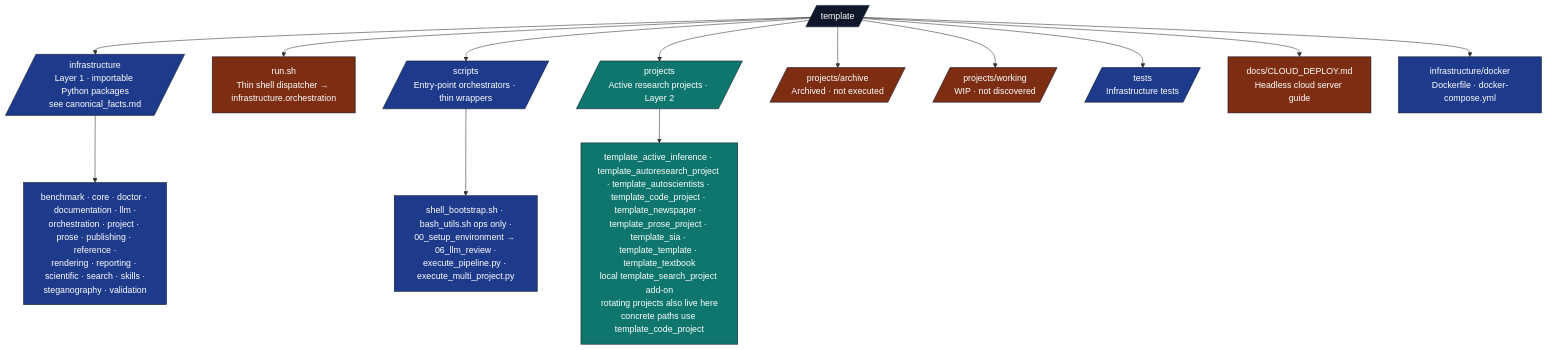
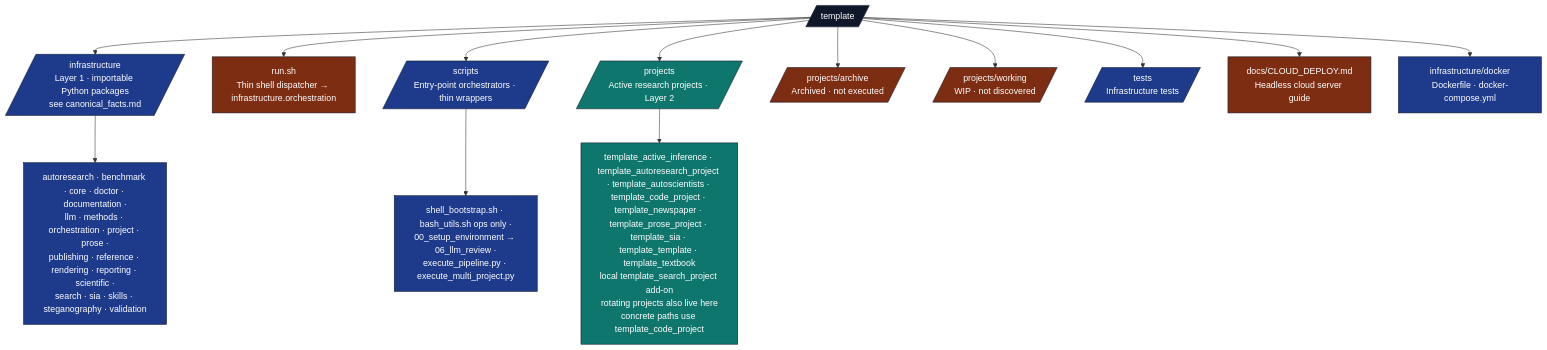
Before and after one commit to docxology/template: the diagram in docs/PAI.md, drawn with Mermaid. The commit also changed other lines of this file and 35 other files, not shown here.

````diff
--- a/docs/PAI.md
+++ b/docs/PAI.md
@@ -69,28 +69,28 @@
 ```mermaid
 flowchart TB
     ROOT[/template/]
     ROOT --> INFRA[/infrastructure<br/>Layer 1 · importable Python packages<br/>see canonical_facts.md/]
     ROOT --> RUN[run.sh<br/>Thin shell dispatcher → infrastructure.orchestration]
     ROOT --> SCR[/scripts<br/>Entry-point orchestrators · thin wrappers/]
     ROOT --> PROJ[/projects<br/>Active research projects · Layer 2/]
     ROOT --> ARCH[/projects/archive<br/>Archived · not executed/]
     ROOT --> WIP[/projects/working<br/>WIP · not discovered/]
     ROOT --> T[/tests<br/>Infrastructure tests/]
     ROOT --> DOCS[docs/CLOUD_DEPLOY.md<br/>Headless cloud server guide]
     ROOT --> DOCKER[infrastructure/docker<br/>Dockerfile · docker-compose.yml]
 
-    INFRA --> INFRA_PKGS[benchmark · core · doctor · documentation · llm ·<br/>orchestration · project · prose · publishing · reference ·<br/>rendering · reporting · scientific · search · skills ·<br/>steganography · validation]
+    INFRA --> INFRA_PKGS[autoresearch · benchmark · core · doctor · documentation ·<br/>llm · methods · orchestration · project · prose ·<br/>publishing · reference · rendering · reporting · scientific ·<br/>search · sia · skills · steganography · validation]
 
     SCR --> SCR_FILES[shell_bootstrap.sh · bash_utils.sh ops only ·<br/>00_setup_environment → 06_llm_review ·<br/>execute_pipeline.py · execute_multi_project.py]
 
     PROJ --> PROJ_F["template_active_inference · template_autoresearch_project · template_autoscientists · template_code_project · template_newspaper · template_prose_project · template_sia · template_template · template_textbook<br/>local template_search_project add-on<br/>rotating projects also live here<br/>concrete paths use template_code_project"]
 
     classDef root fill:#0f172a,stroke:#0f172a,color:#fff
     classDef l1 fill:#1e3a8a,stroke:#0f172a,color:#fff
     classDef l2 fill:#0f766e,stroke:#0f172a,color:#fff
     classDef gen fill:#7c2d12,stroke:#0f172a,color:#fff
     class ROOT root
     class INFRA,SCR,T,DOCKER,INFRA_PKGS,SCR_FILES l1
     class PROJ,PROJ_F l2
     class ARCH,WIP,DOCS,RUN gen
 ```
````
